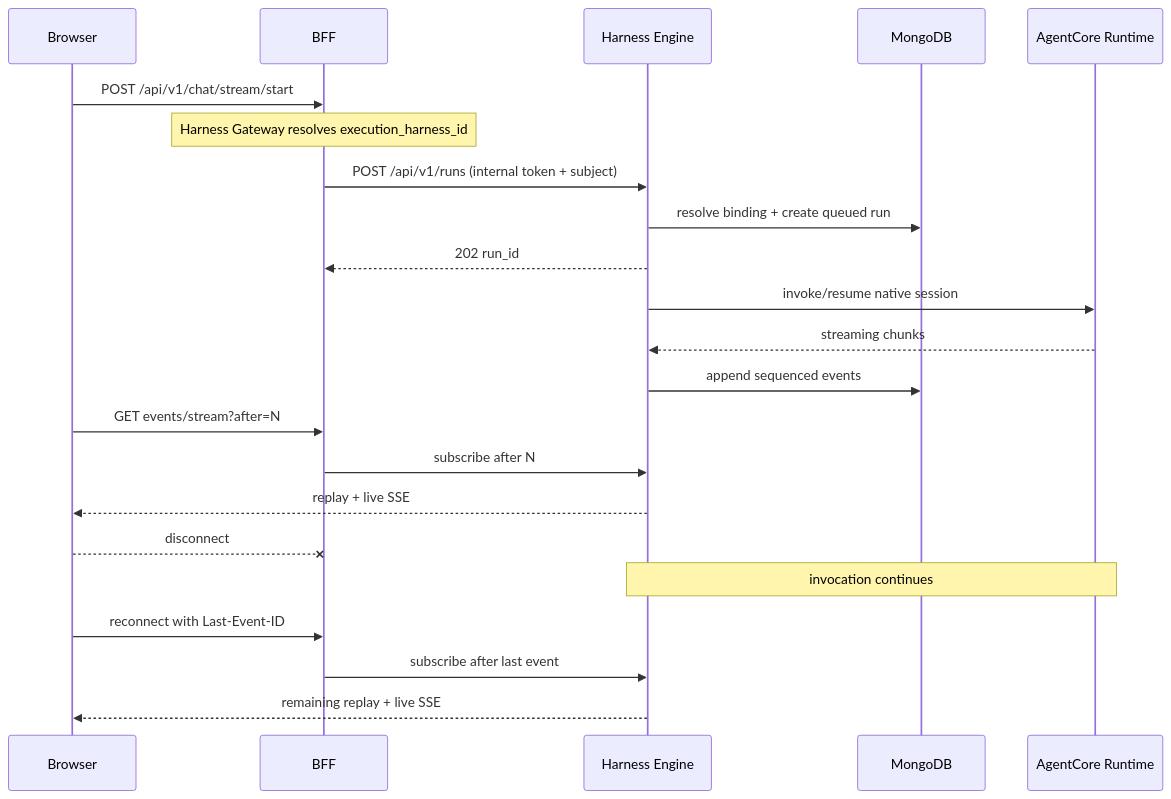
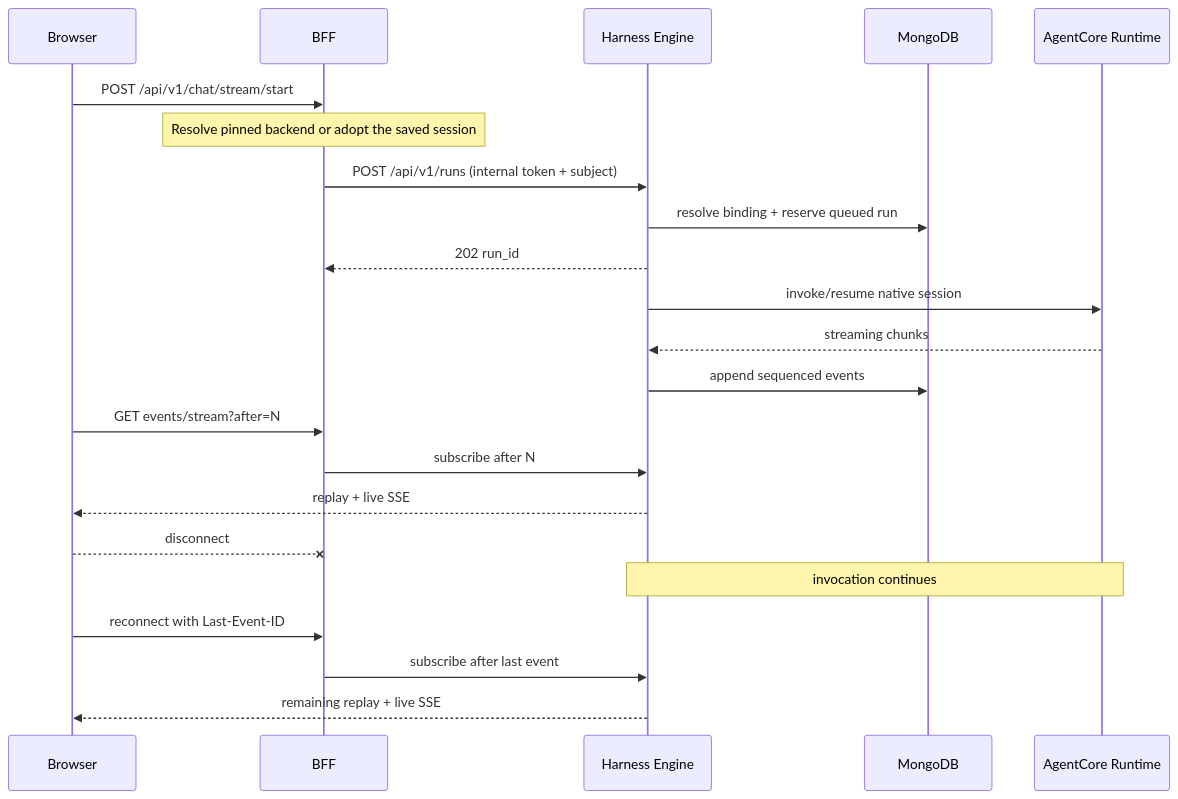
The diagram in ai_platform_engineering/harness_engine/README.md (cnoe-io/ai-platform-engineering), drawn with Mermaid before and after one commit. The commit also changed other lines of this file and 9 other files, not shown here.

````diff
--- a/ai_platform_engineering/harness_engine/README.md
+++ b/ai_platform_engineering/harness_engine/README.md
@@ -31,25 +38,25 @@
 ```mermaid
 sequenceDiagram
     participant Browser
     participant BFF
     participant HE as Harness Engine
     participant MongoDB
     participant AC as AgentCore Runtime
 
     Browser->>BFF: POST /api/v1/chat/stream/start
-    Note over BFF: Harness Gateway resolves execution_harness_id
+    Note over BFF: Resolve pinned backend or adopt the saved session
     BFF->>HE: POST /api/v1/runs (internal token + subject)
-    HE->>MongoDB: resolve binding + create queued run
+    HE->>MongoDB: resolve binding + reserve queued run
     HE-->>BFF: 202 run_id
     HE->>AC: invoke/resume native session
     AC-->>HE: streaming chunks
     HE->>MongoDB: append sequenced events
     Browser->>BFF: GET events/stream?after=N
     BFF->>HE: subscribe after N
     HE-->>Browser: replay + live SSE
     Browser--xBFF: disconnect
     Note over HE,AC: invocation continues
     Browser->>BFF: reconnect with Last-Event-ID
     BFF->>HE: subscribe after last event
     HE-->>Browser: remaining replay + live SSE
 ```
````
